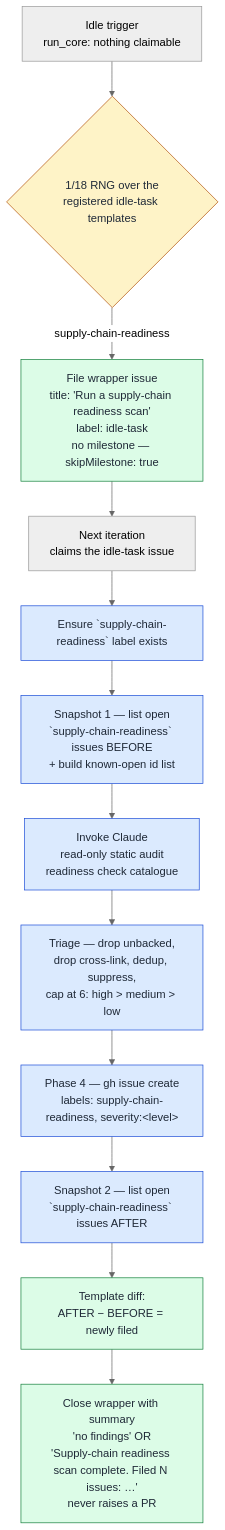
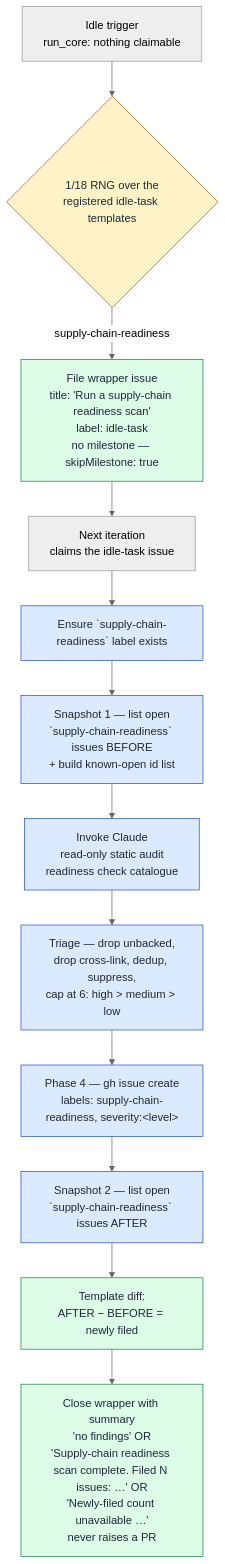
Before and after one commit to stSoftwareAU/VibeCoder: the second of 2 diagrams in docs/SUPPLY-CHAIN-READINESS-SCAN.md, drawn with Mermaid (neutral theme). The commit also changed other lines of this file and 9 other files, not shown here.

````diff
--- a/docs/SUPPLY-CHAIN-READINESS-SCAN.md
+++ b/docs/SUPPLY-CHAIN-READINESS-SCAN.md
@@ -201,20 +201,20 @@
 ```mermaid
 flowchart TD
     classDef gate fill:#fef3c7,stroke:#b45309,color:#1f2937;
     classDef phase fill:#dbeafe,stroke:#1d4ed8,color:#1f2937;
     classDef output fill:#dcfce7,stroke:#15803d,color:#1f2937;
 
     Idle[Idle trigger<br/>run_core: nothing claimable]
     Idle --> Pick{1/18 RNG over the<br/>registered idle-task templates}
     Pick -- supply-chain-readiness --> FileWrapper[File wrapper issue<br/>title: 'Run a supply-chain readiness scan'<br/>label: idle-task<br/>no milestone — skipMilestone: true]:::output
     FileWrapper --> Claim[Next iteration<br/>claims the idle-task issue]
     Claim --> Ensure[Ensure `supply-chain-readiness` label exists]:::phase
     Ensure --> Before[Snapshot 1 — list open<br/>`supply-chain-readiness` issues BEFORE<br/>+ build known-open id list]:::phase
     Before --> Run[Invoke Claude<br/>read-only static audit<br/>readiness check catalogue]:::phase
     Run --> Cap[Triage — drop unbacked,<br/>drop cross-link, dedup, suppress,<br/>cap at 6: high > medium > low]:::phase
     Cap --> FileFindings[Phase 4 — gh issue create<br/>labels: supply-chain-readiness, severity:&lt;level&gt;]:::phase
     FileFindings --> After[Snapshot 2 — list open<br/>`supply-chain-readiness` issues AFTER]:::phase
     After --> Diff[Template diff:<br/>AFTER − BEFORE = newly filed]:::output
-    Diff --> Close[Close wrapper with summary<br/>'no findings' OR<br/>'Supply-chain readiness scan complete. Filed N issues: …'<br/>never raises a PR]:::output
+    Diff --> Close[Close wrapper with summary<br/>'no findings' OR<br/>'Supply-chain readiness scan complete. Filed N issues: …' OR<br/>'Newly-filed count unavailable …'<br/>never raises a PR]:::output
     class Pick gate;
 ```
````
